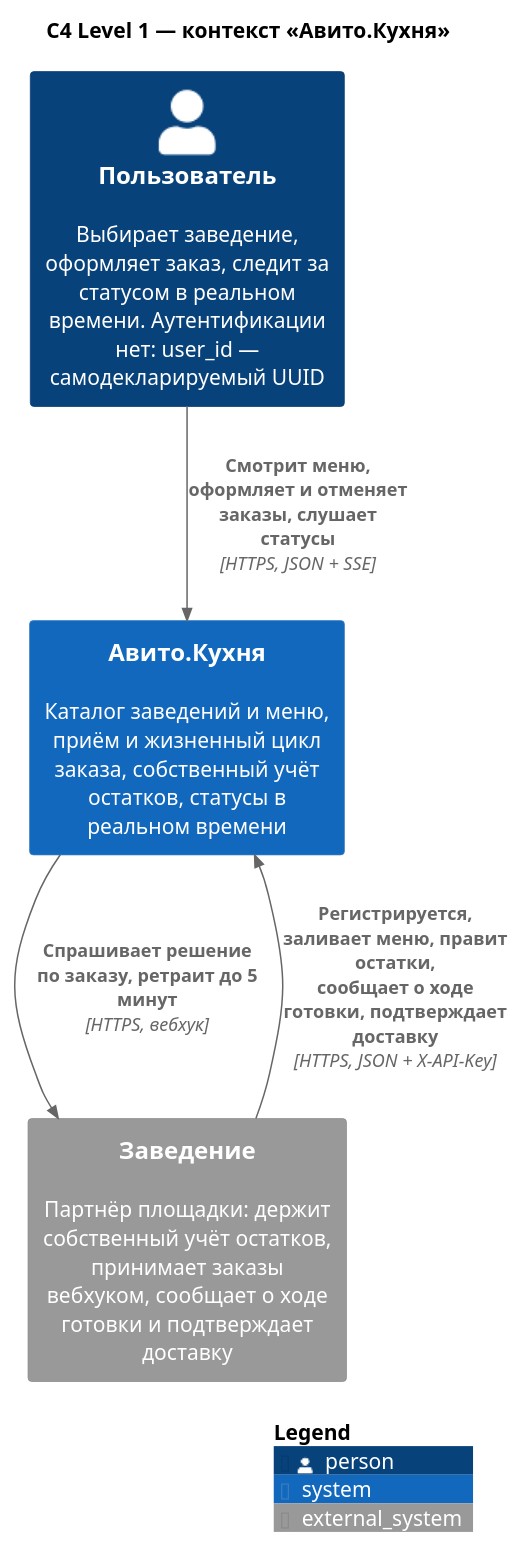
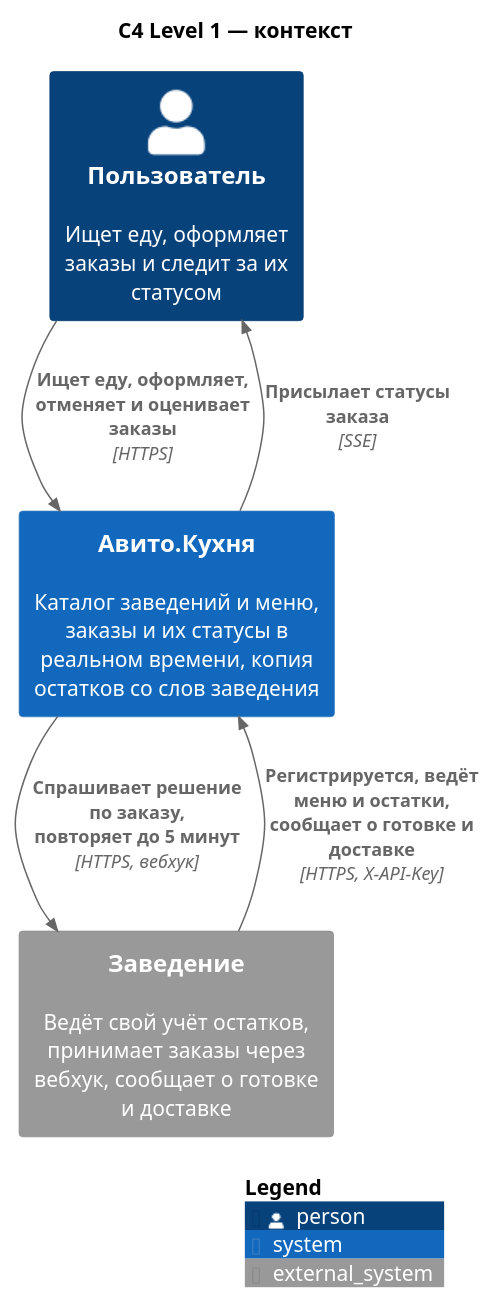
The diagram in docs/diagrams/c4-context.puml (Krovenmor/avito-backend-trainee-assignment-autumn-2026), drawn with PlantUML before and after one commit. The commit also changed 31 other files, not shown here.

```diff
--- a/docs/diagrams/c4-context.puml
+++ b/docs/diagrams/c4-context.puml
@@ -1,16 +1,17 @@
 @startuml c4-context
 !include <C4/C4_Context>
 
-title C4 Level 1 — контекст «Авито.Кухня»
+title C4 Level 1 — контекст
 
-Person(user, "Пользователь", "Выбирает заведение, оформляет заказ, следит за статусом в реальном времени. Аутентификации нет: user_id — самодекларируемый UUID")
-System_Ext(place, "Заведение", "Партнёр площадки: держит собственный учёт остатков, принимает заказы вебхуком, сообщает о ходе готовки и подтверждает доставку")
+Person(user, "Пользователь", "Ищет еду, оформляет заказы и следит за их статусом")
+System_Ext(place, "Заведение", "Ведёт свой учёт остатков, принимает заказы через вебхук, сообщает о готовке и доставке")
 
-System(kitchen, "Авито.Кухня", "Каталог заведений и меню, приём и жизненный цикл заказа, собственный учёт остатков, статусы в реальном времени")
+System(kitchen, "Авито.Кухня", "Каталог заведений и меню, заказы и их статусы в реальном времени, копия остатков со слов заведения")
 
-Rel(user, kitchen, "Смотрит меню, оформляет и отменяет заказы, слушает статусы", "HTTPS, JSON + SSE")
-Rel(place, kitchen, "Регистрируется, заливает меню, правит остатки,\nсообщает о ходе готовки, подтверждает доставку", "HTTPS, JSON + X-API-Key")
-Rel(kitchen, place, "Спрашивает решение по заказу, ретраит до 5 минут", "HTTPS, вебхук")
+Rel(user, kitchen, "Ищет еду, оформляет, отменяет и оценивает заказы", "HTTPS")
+Rel_U(kitchen, user, "Присылает статусы заказа", "SSE")
+Rel(place, kitchen, "Регистрируется, ведёт меню и остатки,\nсообщает о готовке и доставке", "HTTPS, X-API-Key")
+Rel(kitchen, place, "Спрашивает решение по заказу,\nповторяет до 5 минут", "HTTPS, вебхук")
 
 SHOW_LEGEND()
 @enduml
```
